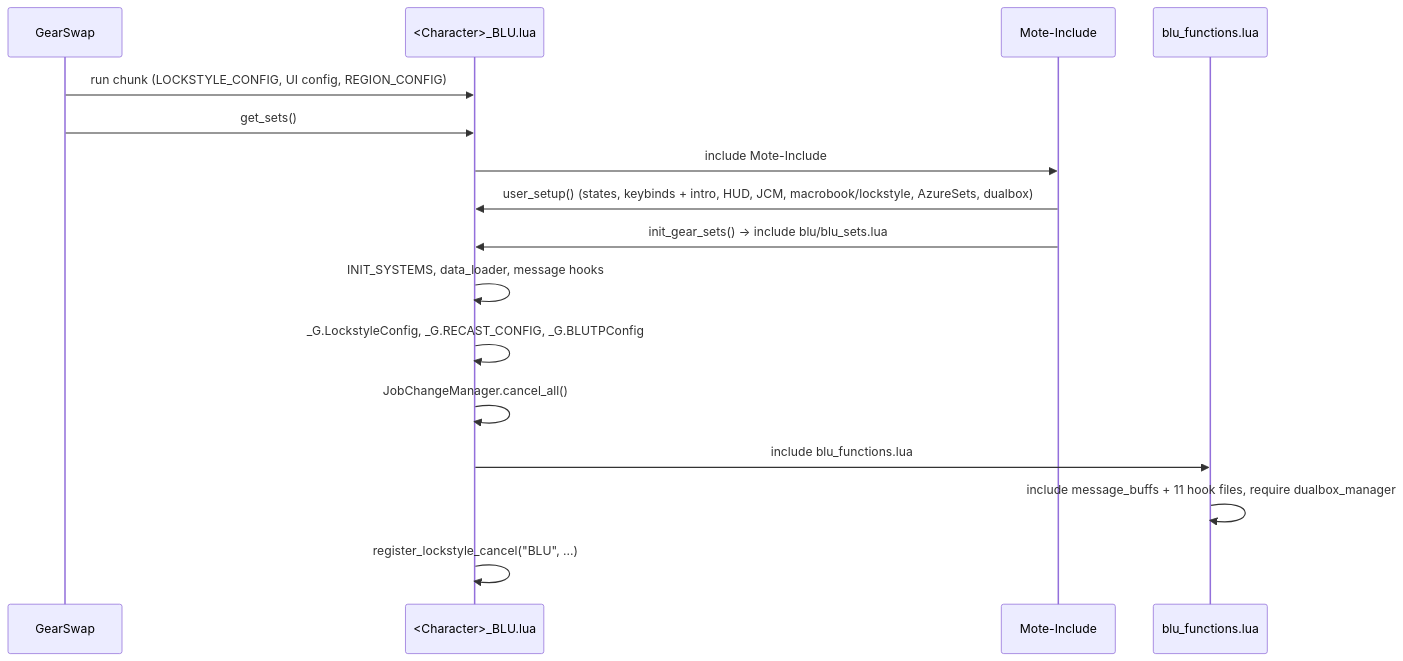
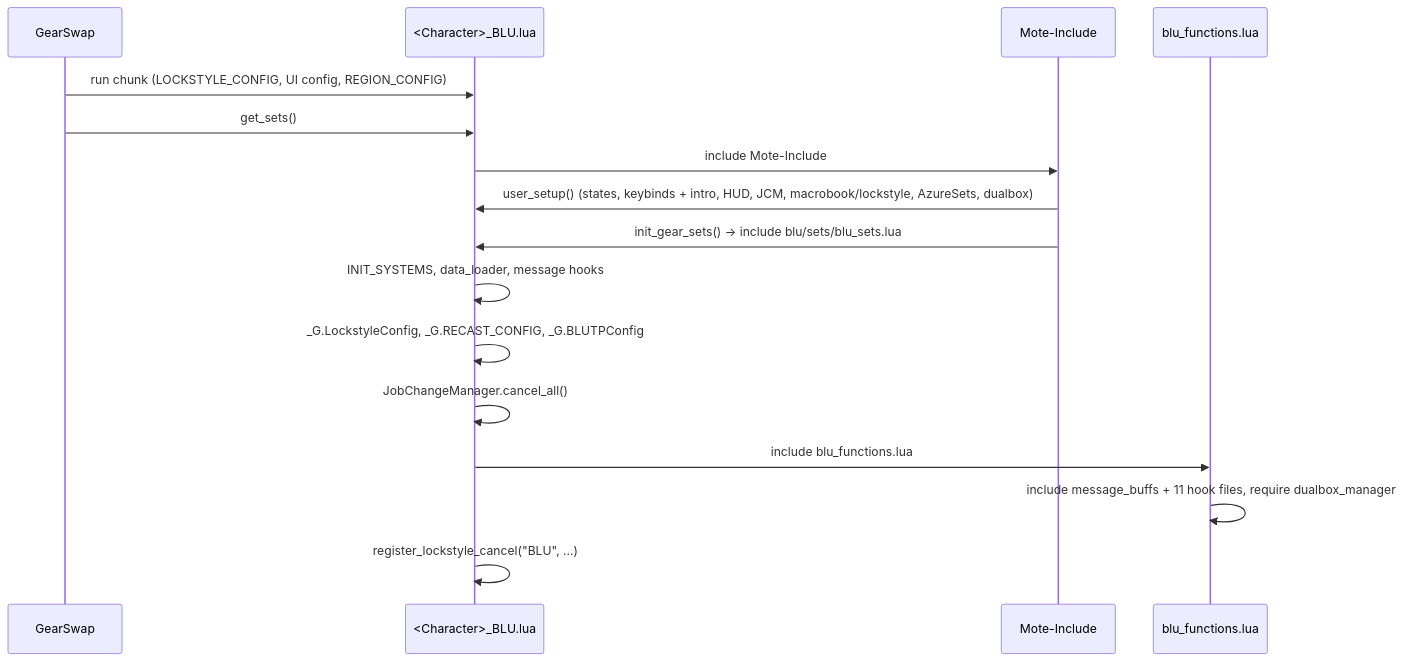
Before and after one commit to ejouanchicot/Gearswap: the first of 2 diagrams in docs/dev/jobs/blu.md, drawn with Mermaid. The commit also changed 32 other files, not shown here.

First line of the commit message:
feat(layout): gear in a sets/ folder, apart from the settings

````diff
--- a/docs/dev/jobs/blu.md
+++ b/docs/dev/jobs/blu.md
@@ -88,18 +88,18 @@
 ```mermaid
 sequenceDiagram
     participant GS as GearSwap
     participant E as <Character>_BLU.lua
     participant M as Mote-Include
     participant F as blu_functions.lua
     GS->>E: run chunk (LOCKSTYLE_CONFIG, UI config, REGION_CONFIG)
     GS->>E: get_sets()
     E->>M: include Mote-Include
     M->>E: user_setup() (states, keybinds + intro, HUD, JCM, macrobook/lockstyle, AzureSets, dualbox)
-    M->>E: init_gear_sets() -> include blu/blu_sets.lua
+    M->>E: init_gear_sets() -> include blu/sets/blu_sets.lua
     E->>E: INIT_SYSTEMS, data_loader, message hooks
     E->>E: _G.LockstyleConfig, _G.RECAST_CONFIG, _G.BLUTPConfig
     E->>E: JobChangeManager.cancel_all()
     E->>F: include blu_functions.lua
     F->>F: include message_buffs + 11 hook files, require dualbox_manager
     E->>E: register_lockstyle_cancel("BLU", ...)
 ```
````
